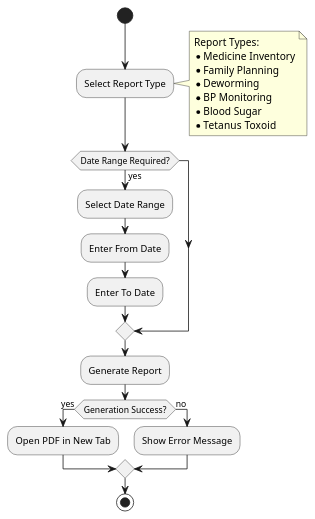
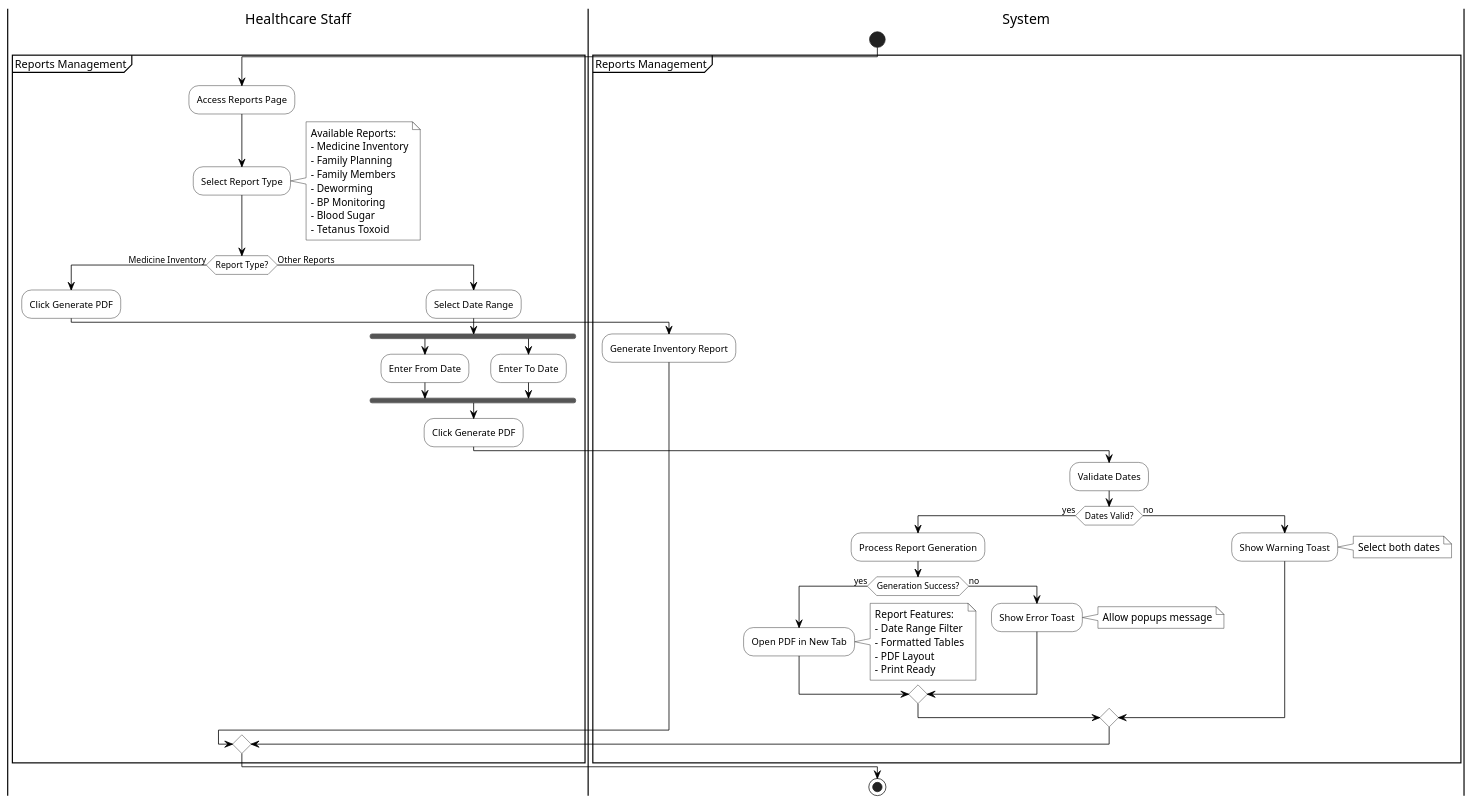
The diagram in dist/diagrams/Activity_Diagrams/reports.activity.puml (KuroKage-001/Mamatid_MedClinic), drawn with PlantUML before and after one commit. The commit also changed 17 other files, not shown here.

```diff
--- a/dist/diagrams/Activity_Diagrams/reports.activity.puml
+++ b/dist/diagrams/Activity_Diagrams/reports.activity.puml
@@ -1,32 +1,71 @@
 @startuml Reports Activity
+skinparam monochrome true
+skinparam shadowing false
+skinparam ActivityBackgroundColor white
+skinparam ActivityBorderColor black
+skinparam ArrowColor black
+skinparam NoteBackgroundColor white
+skinparam NoteBorderColor black
+
+|Healthcare Staff|
+|System|
 
 start
 
-:Select Report Type;
-note right
-  Report Types:
-  * Medicine Inventory
-  * Family Planning
-  * Deworming
-  * BP Monitoring
-  * Blood Sugar
-  * Tetanus Toxoid
-end note
-
-if (Date Range Required?) then (yes)
-  :Select Date Range;
-  :Enter From Date;
-  :Enter To Date;
-endif
-
-:Generate Report;
-
-if (Generation Success?) then (yes)
-  :Open PDF in New Tab;
-else (no)
-  :Show Error Message;
-endif
+partition "Reports Management" {
+  |Healthcare Staff|
+  :Access Reports Page;
+  :Select Report Type;
+  note right
+    Available Reports:
+    - Medicine Inventory
+    - Family Planning
+    - Family Members
+    - Deworming
+    - BP Monitoring
+    - Blood Sugar
+    - Tetanus Toxoid
+  end note
+  
+  if (Report Type?) then (Medicine Inventory)
+    :Click Generate PDF;
+    |System|
+    :Generate Inventory Report;
+  else (Other Reports)
+    |Healthcare Staff|
+    :Select Date Range;
+    fork
+      :Enter From Date;
+    fork again
+      :Enter To Date;
+    end fork
+    :Click Generate PDF;
+    
+    |System|
+    :Validate Dates;
+    
+    if (Dates Valid?) then (yes)
+      :Process Report Generation;
+      if (Generation Success?) then (yes)
+        :Open PDF in New Tab;
+        note right
+          Report Features:
+          - Date Range Filter
+          - Formatted Tables
+          - PDF Layout
+          - Print Ready
+        end note
+      else (no)
+        :Show Error Toast;
+        note right: Allow popups message
+      endif
+    else (no)
+      :Show Warning Toast;
+      note right: Select both dates
+    endif
+  endif
+}
 
 stop
 
 @enduml 
```
